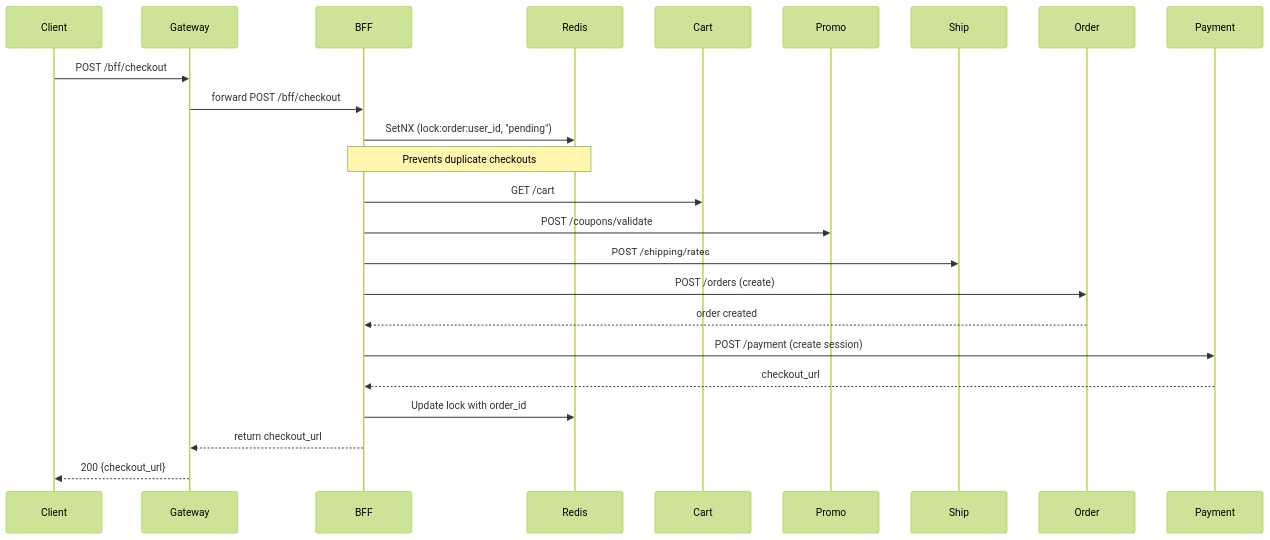
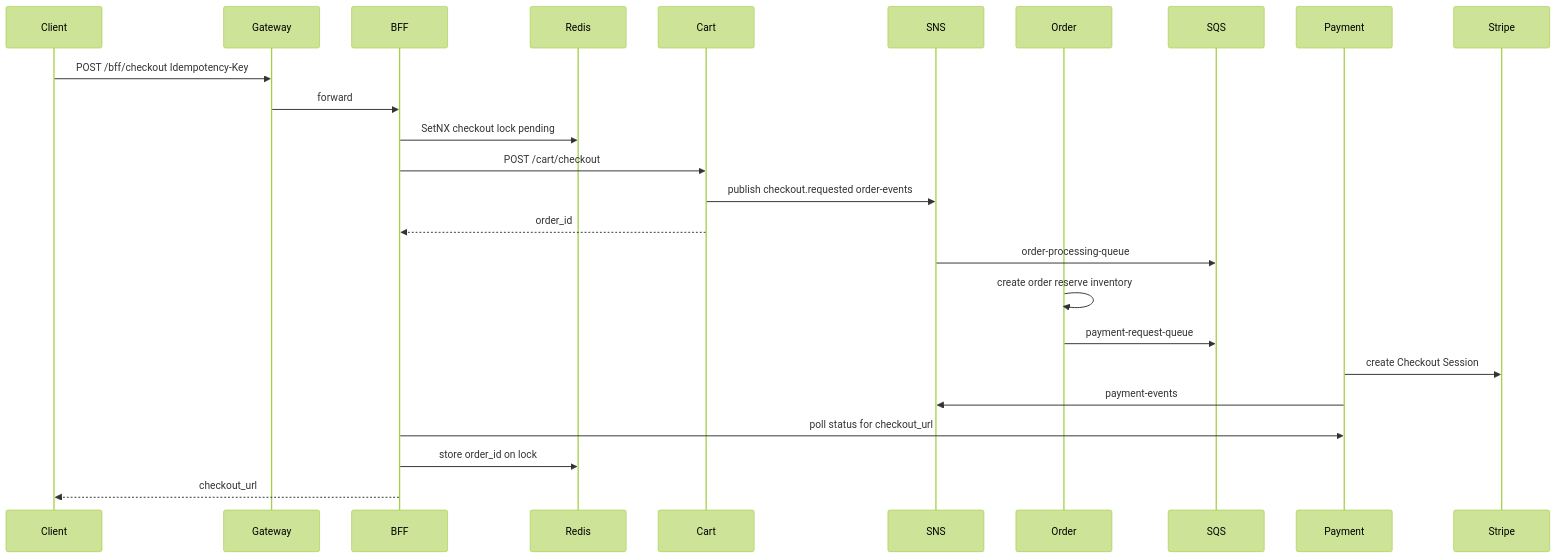
The second of 3 diagrams in backend/docs/architecture.md (yashrajoria/E-Commerce-backend), drawn with Mermaid (forest theme) before and after one commit. The commit also changed other lines of this file and 130 other files, not shown here.

````diff
--- a/backend/docs/architecture.md
+++ b/backend/docs/architecture.md
@@ -95,33 +107,28 @@
 ```mermaid
 sequenceDiagram
   participant Client
   participant Gateway
   participant BFF
   participant Redis
   participant Cart
-  participant Promo
-  participant Ship
+  participant SNS
   participant Order
+  participant SQS
   participant Payment
-  
-  Client->>Gateway: POST /bff/checkout
-  Gateway->>BFF: forward POST /bff/checkout
-  
-  BFF->>Redis: SetNX (lock:order:user_id, "pending")
-  Note over BFF,Redis: Prevents duplicate checkouts
-  
-  BFF->>Cart: GET /cart
-  BFF->>Promo: POST /coupons/validate
-  BFF->>Ship: POST /shipping/rates
-  
-  BFF->>Order: POST /orders (create)
-  Order-->>BFF: order created
-  
-  BFF->>Payment: POST /payment (create session)
-  Payment-->>BFF: checkout_url
-  
-  BFF->>Redis: Update lock with order_id
-  
-  BFF-->>Gateway: return checkout_url
-  Gateway-->>Client: 200 {checkout_url}
+  participant Stripe
+
+  Client->>Gateway: POST /bff/checkout Idempotency-Key
+  Gateway->>BFF: forward
+  BFF->>Redis: SetNX checkout lock pending
+  BFF->>Cart: POST /cart/checkout
+  Cart->>SNS: publish checkout.requested order-events
+  Cart-->>BFF: order_id
+  SNS->>SQS: order-processing-queue
+  Order->>Order: create order reserve inventory
+  Order->>SQS: payment-request-queue
+  Payment->>Stripe: create Checkout Session
+  Payment->>SNS: payment-events
+  BFF->>Payment: poll status for checkout_url
+  BFF->>Redis: store order_id on lock
+  BFF-->>Client: checkout_url
 ```
````
